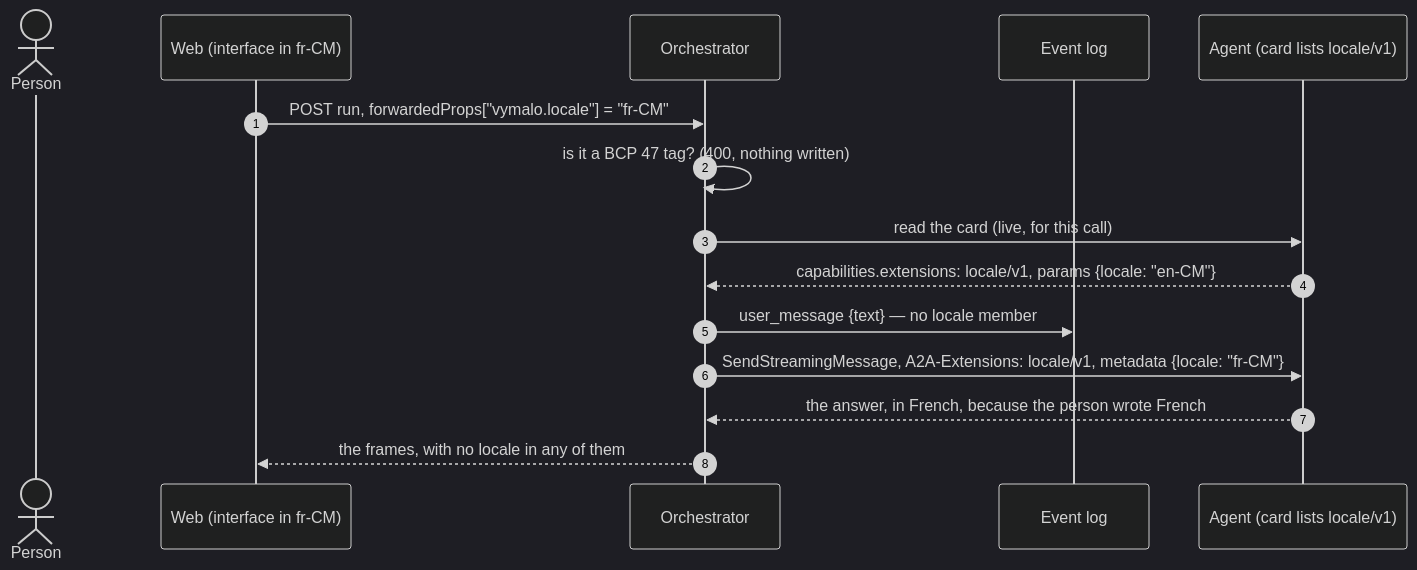
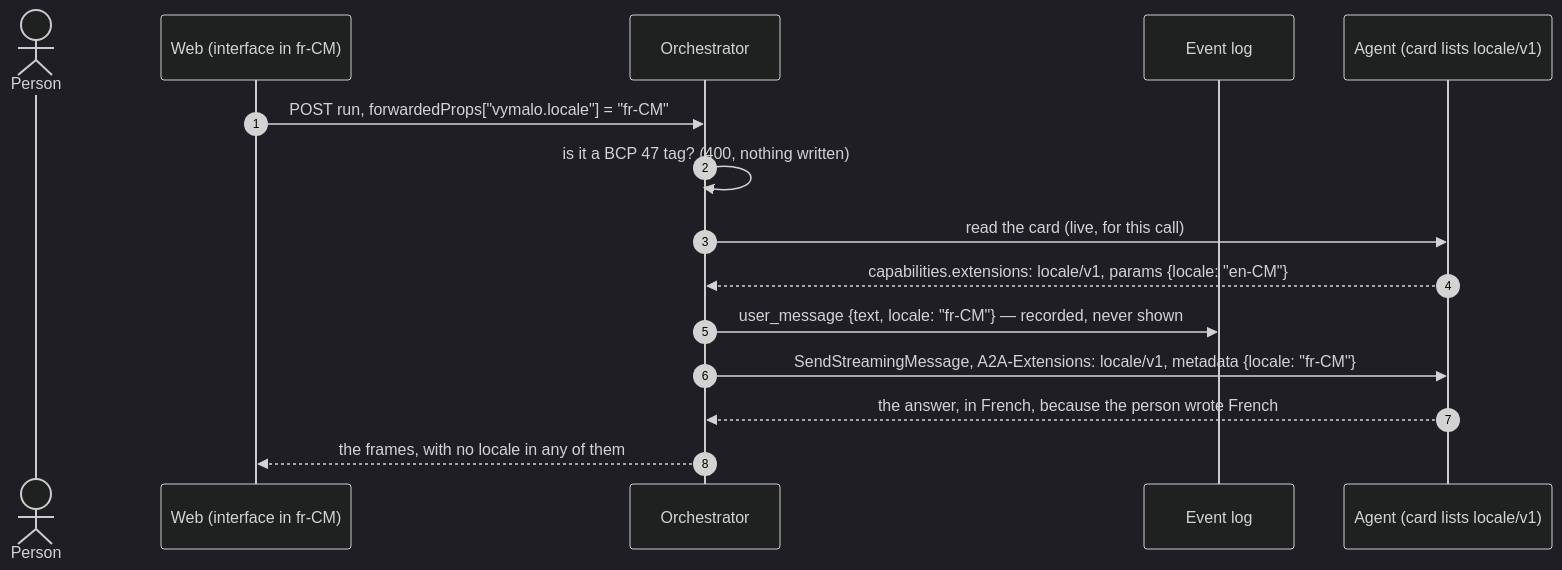
Before and after one commit to vymalo/another-agentic-system: the first of 2 diagrams in docs/api/locale-v1.md, drawn with Mermaid (dark theme). The commit also changed other lines of this file and 7 other files, not shown here.

First line of the commit message:
docs(locale): the hint is recorded, not projected

````diff
--- a/docs/api/locale-v1.md
+++ b/docs/api/locale-v1.md
@@ -40,18 +40,18 @@
 ```mermaid
 sequenceDiagram
   autonumber
   actor P as Person
   participant W as Web (interface in fr-CM)
   participant O as Orchestrator
   participant L as Event log
   participant A as Agent (card lists locale/v1)
 
   W->>O: POST run, forwardedProps["vymalo.locale"] = "fr-CM"
   O->>O: is it a BCP 47 tag? (400, nothing written)
   O->>A: read the card (live, for this call)
   A-->>O: capabilities.extensions: locale/v1, params {locale: "en-CM"}
-  O->>L: user_message {text} — no locale member
+  O->>L: user_message {text, locale: "fr-CM"} — recorded, never shown
   O->>A: SendStreamingMessage, A2A-Extensions: locale/v1, metadata {locale: "fr-CM"}
   A-->>O: the answer, in French, because the person wrote French
   O-->>W: the frames, with no locale in any of them
 ```
````
